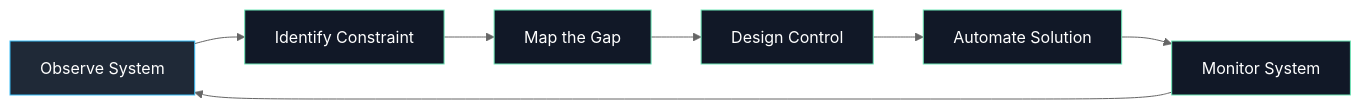
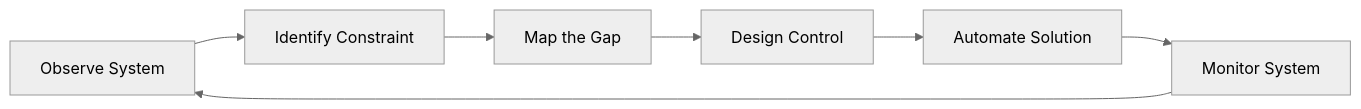
One commit to davidcockson-compliance/davidcockson-compliance changed the first of 2 diagrams in README.md. Above: the diagram before and after it, drawn with Mermaid (neutral theme). The commit also changed other lines of this file, not shown here.

````diff
--- a/README.md
+++ b/README.md
@@ -70,15 +68,10 @@
 ```mermaid
 flowchart LR
 
-A[Observe System]:::start --> B[Identify Constraint]
+A[Observe System] --> B[Identify Constraint]
 B --> C[Map the Gap]
 C --> D[Design Control]
 D --> E[Automate Solution]
 E --> F[Monitor System]
 F --> A
-
-classDef start fill:#1f2937,stroke:#38bdf8,color:#ffffff;
-classDef process fill:#111827,stroke:#6ee7b7,color:#ffffff;
-
-class B,C,D,E,F process;
 ```
````
